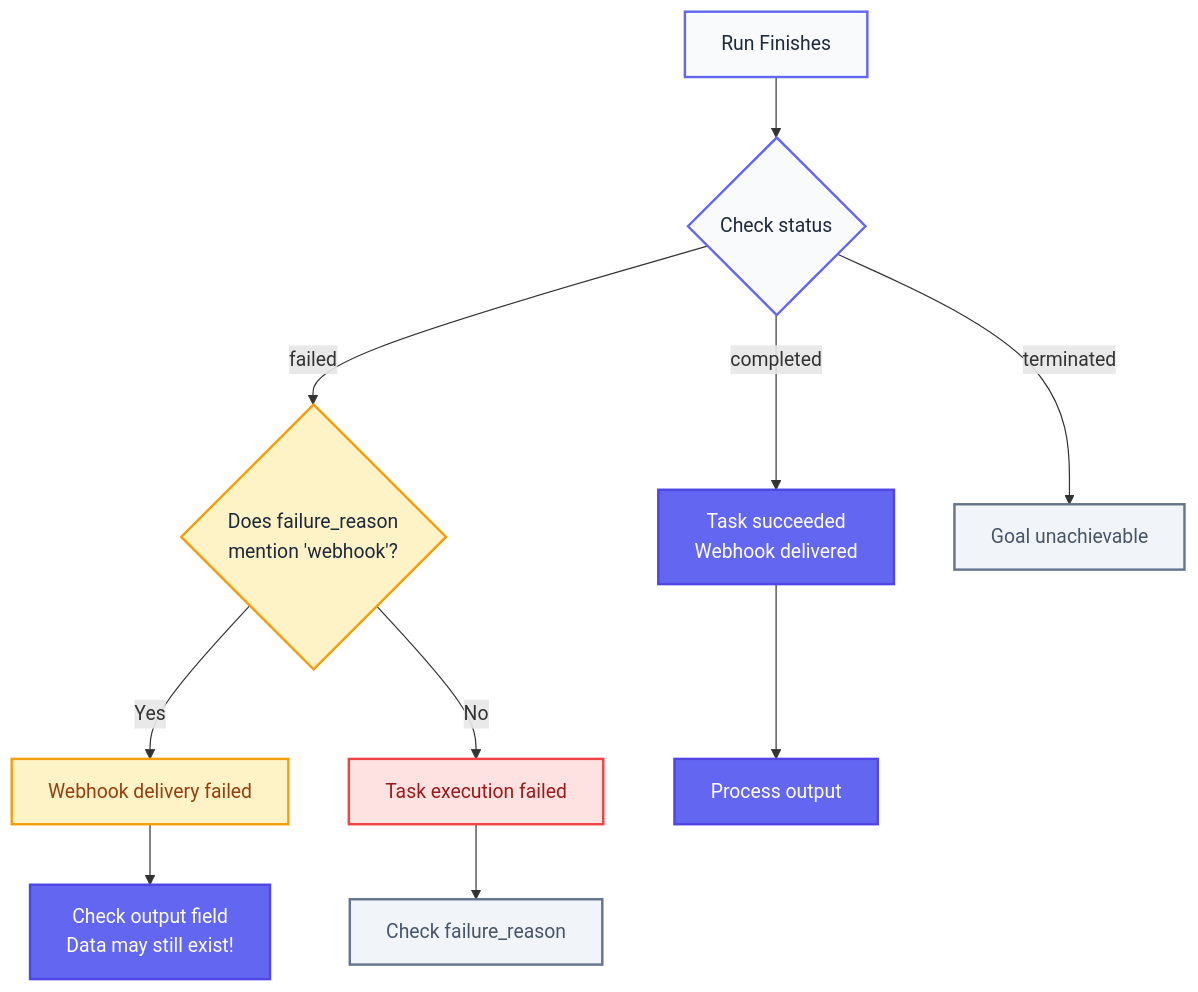
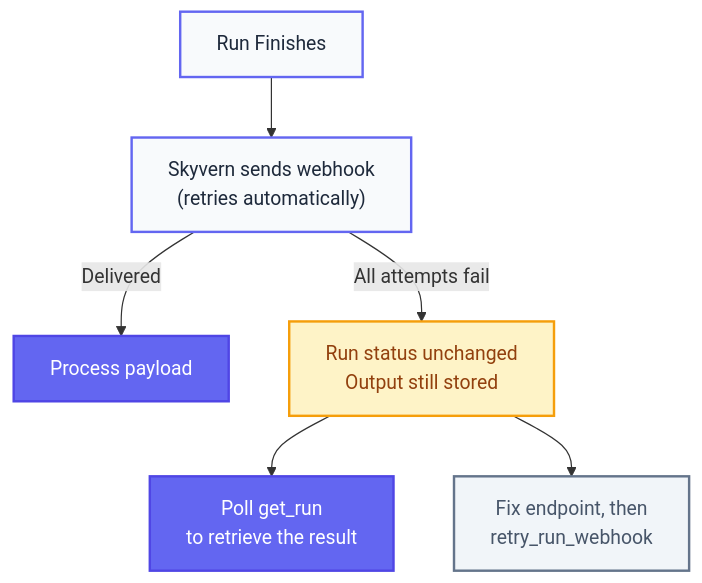
Before and after one commit to Skyvern-AI/skyvern: the diagram in docs/developers/going-to-production/webhooks.mdx, drawn with Mermaid. The commit also changed other lines of this file and 67 other files, not shown here.

First line of the commit message:
Fix docs that make first runs fail: install extras, TypeScript run samples, config names, statuses

````diff
--- a/docs/developers/going-to-production/webhooks.mdx
+++ b/docs/developers/going-to-production/webhooks.mdx
@@ -306,23 +302,15 @@
 ```mermaid
 graph TD
-    A["Run Finishes"] --> B{"Check status"}
-    B -->|"completed"| C["Task succeeded<br>Webhook delivered"]
-    B -->|"failed"| D{"Does failure_reason<br>mention 'webhook'?"}
-    B -->|"terminated"| E["Goal unachievable"]
-    D -->|"Yes"| F["Webhook delivery failed"]
-    D -->|"No"| G["Task execution failed"]
-    F --> H["Check output field<br>Data may still exist!"]
-    G --> I["Check failure_reason"]
-    C --> J["Process output"]
+    A["Run Finishes"] --> B["Skyvern sends webhook<br>(retries automatically)"]
+    B -->|"Delivered"| C["Process payload"]
+    B -->|"All attempts fail"| D["Run status unchanged<br>Output still stored"]
+    D --> E["Poll get_run<br>to retrieve the result"]
+    D --> F["Fix endpoint, then<br>retry_run_webhook"]
 
     style A fill:#f8fafc,stroke:#6366F1,stroke-width:2px,color:#1e293b
     style B fill:#f8fafc,stroke:#6366F1,stroke-width:2px,color:#1e293b
     style C fill:#6366F1,stroke:#4F46E5,stroke-width:2px,color:#fff
-    style D fill:#fef3c7,stroke:#f59e0b,stroke-width:2px,color:#1e293b
-    style E fill:#f1f5f9,stroke:#64748b,stroke-width:2px,color:#475569
-    style F fill:#fef3c7,stroke:#f59e0b,stroke-width:2px,color:#92400e
-    style G fill:#fee2e2,stroke:#ef4444,stroke-width:2px,color:#991b1b
-    style H fill:#6366F1,stroke:#4F46E5,stroke-width:2px,color:#fff
-    style I fill:#f1f5f9,stroke:#64748b,stroke-width:2px,color:#475569
-    style J fill:#6366F1,stroke:#4F46E5,stroke-width:2px,color:#fff
+    style D fill:#fef3c7,stroke:#f59e0b,stroke-width:2px,color:#92400e
+    style E fill:#6366F1,stroke:#4F46E5,stroke-width:2px,color:#fff
+    style F fill:#f1f5f9,stroke:#64748b,stroke-width:2px,color:#475569
 ```
````
